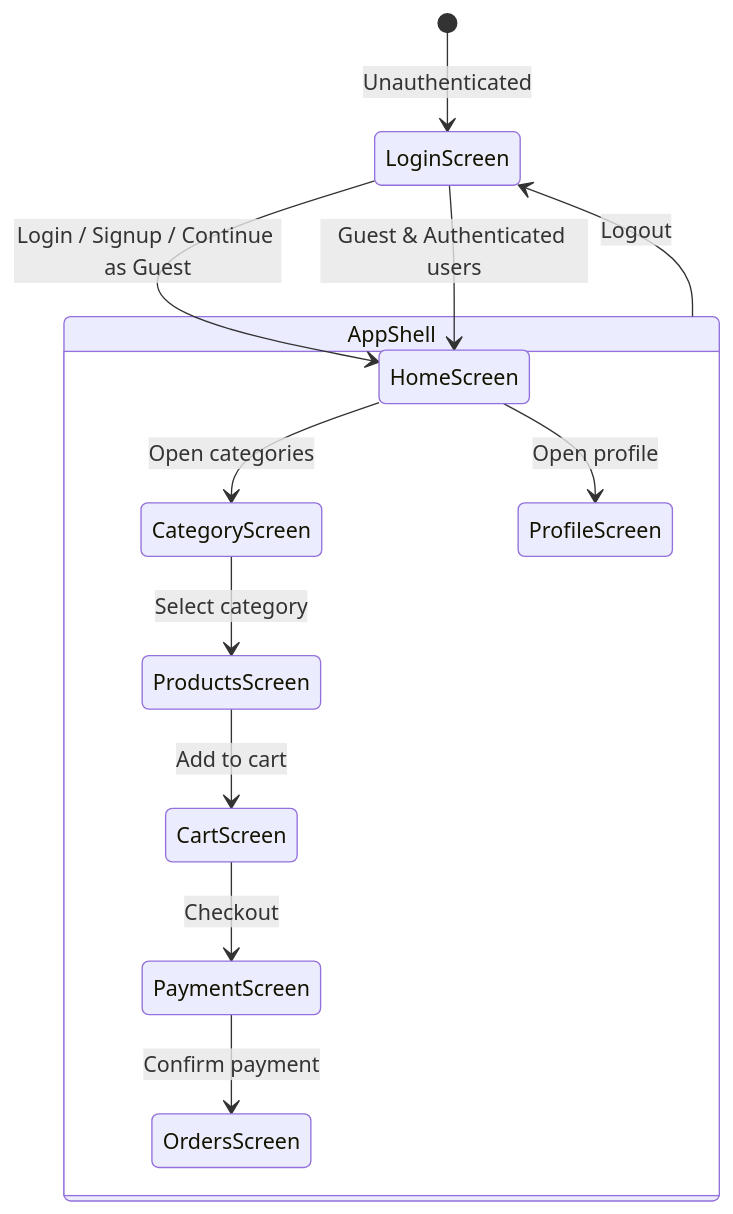
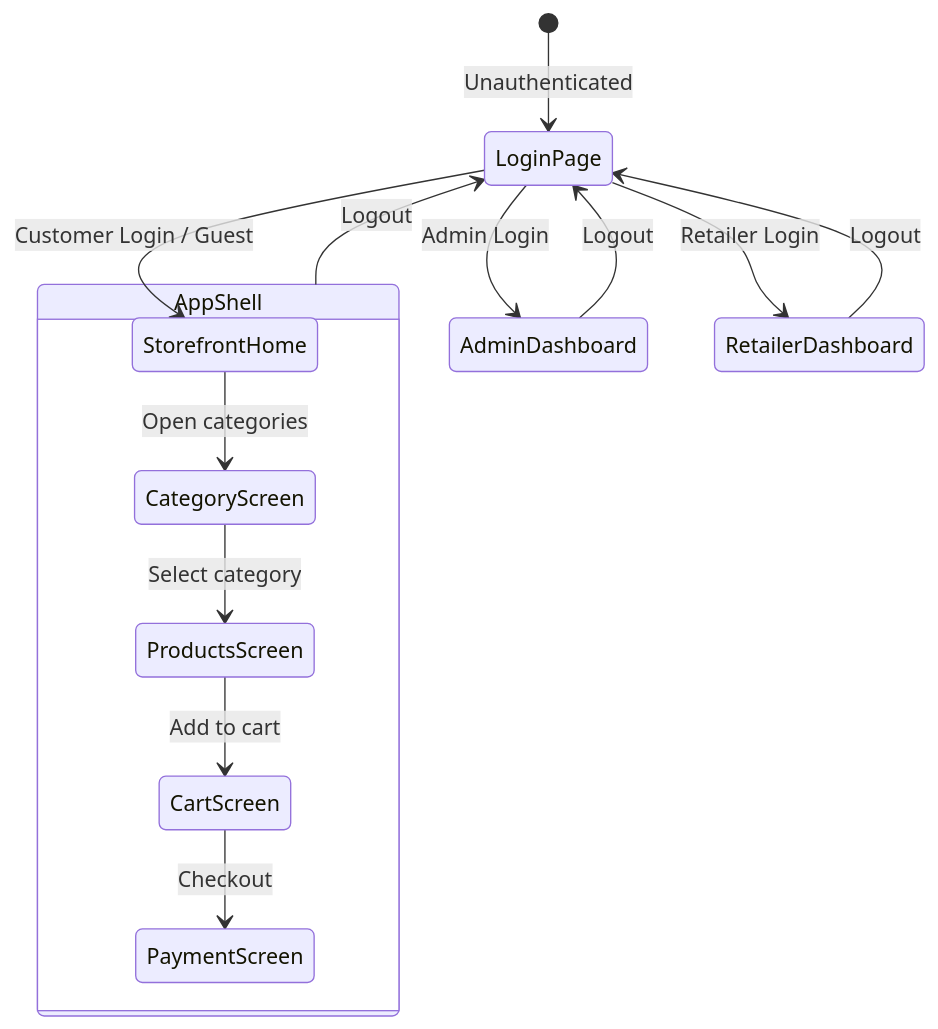
The diagram in README.md (AdityaUpadhyay2610/grocart-webapp), drawn with Mermaid before and after one commit. The commit also changed other lines of this file, not shown here.

````diff
--- a/README.md
+++ b/README.md
@@ -123,17 +63,18 @@
 ```mermaid
 stateDiagram-v2
-  [*] --> LoginScreen : Unauthenticated
-  LoginScreen --> HomeScreen : Login / Signup / Continue as Guest
+  [*] --> LoginPage : Unauthenticated
+  LoginPage --> StorefrontHome : Customer Login / Guest
+  LoginPage --> AdminDashboard : Admin Login
+  LoginPage --> RetailerDashboard : Retailer Login
 
   state AppShell {
-    HomeScreen --> CategoryScreen : Open categories
+    StorefrontHome --> CategoryScreen : Open categories
     CategoryScreen --> ProductsScreen : Select category
     ProductsScreen --> CartScreen : Add to cart
     CartScreen --> PaymentScreen : Checkout
-    PaymentScreen --> OrdersScreen : Confirm payment
-    HomeScreen --> ProfileScreen : Open profile
   }
 
-  AppShell --> LoginScreen : Logout
-  LoginScreen --> HomeScreen : Guest & Authenticated users
+  AppShell --> LoginPage : Logout
+  AdminDashboard --> LoginPage : Logout
+  RetailerDashboard --> LoginPage : Logout
 ```
````
